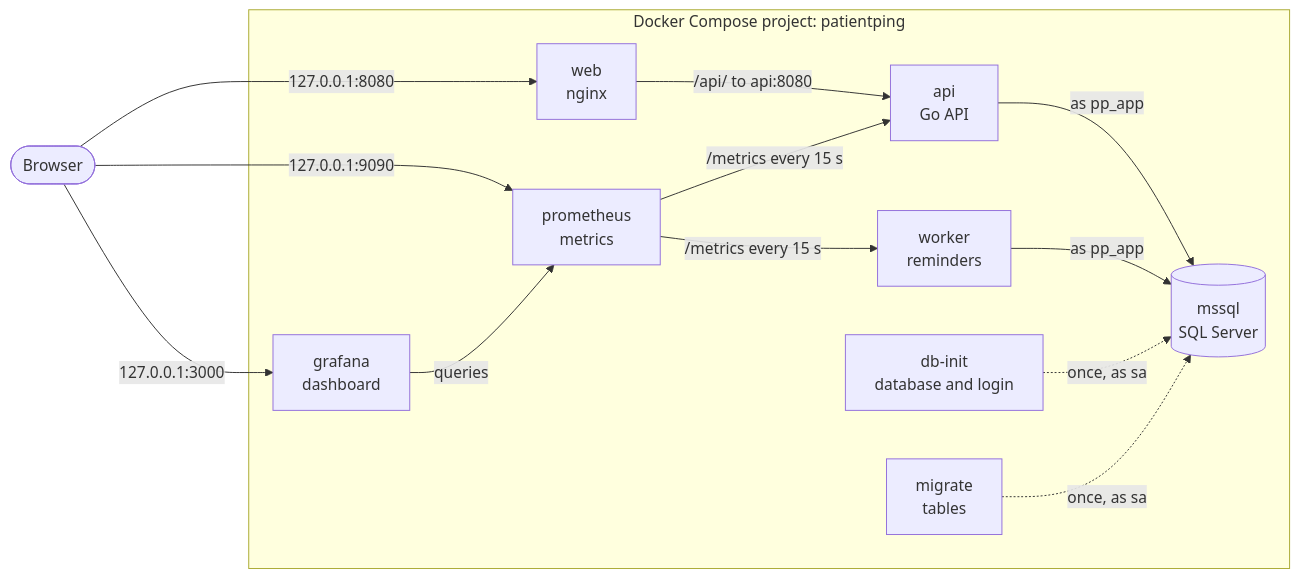
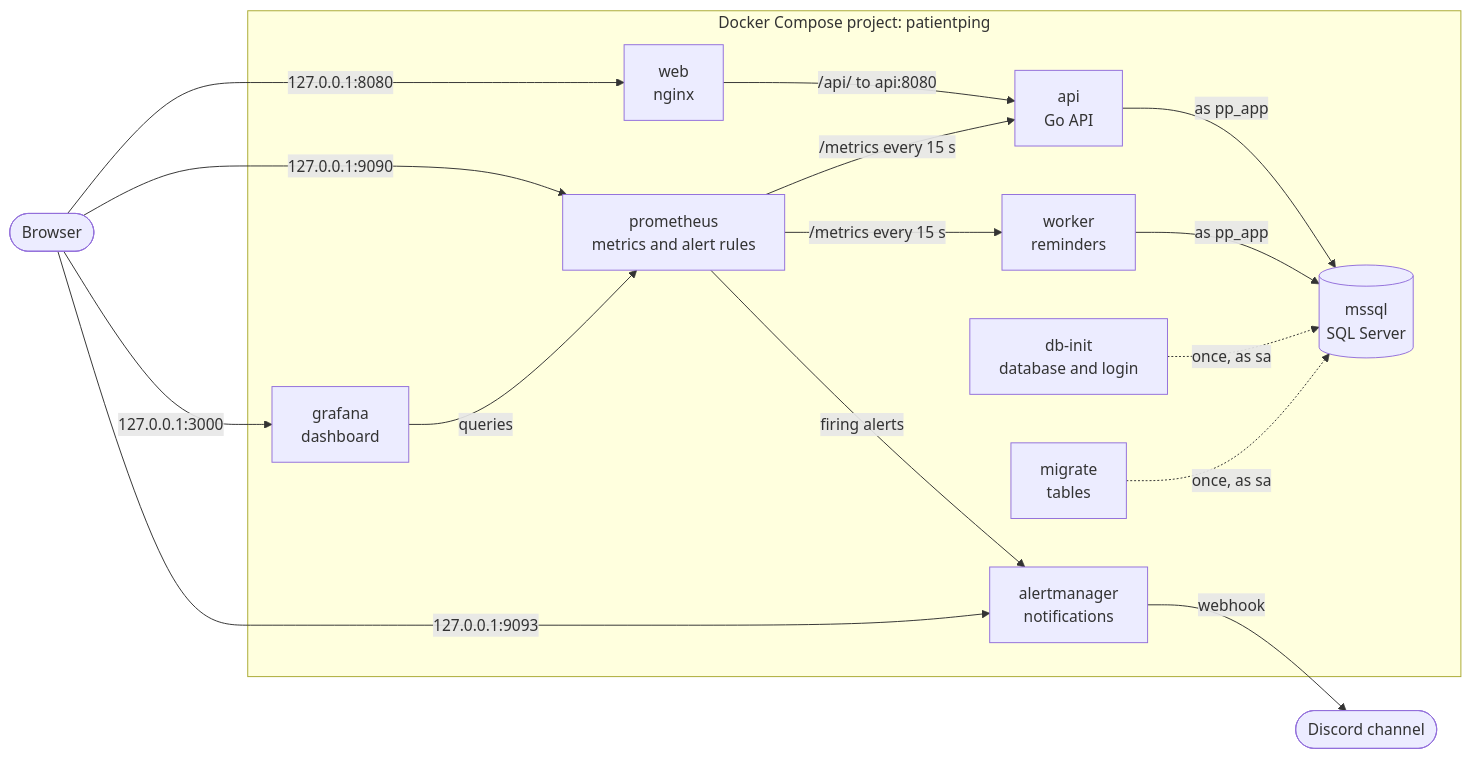
One commit to FarisOmerbasic/patientping changed the diagram in README.md. Above: the diagram before and after it, drawn with Mermaid. The commit also changed other lines of this file and 10 other files, not shown here.

Commit message:
feat(observability): alert rules and alertmanager (#49)

````diff
--- a/README.md
+++ b/README.md
@@ -7,27 +7,33 @@
 ```mermaid
 flowchart LR
     browser([Browser])
 
     subgraph stack["Docker Compose project: patientping"]
         web["web<br/>nginx"]
         api["api<br/>Go API"]
         worker["worker<br/>reminders"]
         dbinit["db-init<br/>database and login"]
         migrate["migrate<br/>tables"]
         mssql[("mssql<br/>SQL Server")]
-        prometheus["prometheus<br/>metrics"]
+        prometheus["prometheus<br/>metrics and alert rules"]
+        alertmanager["alertmanager<br/>notifications"]
         grafana["grafana<br/>dashboard"]
     end
+
+    discord([Discord channel])
 
     browser -->|"127.0.0.1:8080"| web
     web -->|"/api/ to api:8080"| api
     api -->|"as pp_app"| mssql
     worker -->|"as pp_app"| mssql
     dbinit -.->|"once, as sa"| mssql
     migrate -.->|"once, as sa"| mssql
     browser -->|"127.0.0.1:9090"| prometheus
     prometheus -->|"/metrics every 15 s"| api
     prometheus -->|"/metrics every 15 s"| worker
+    prometheus -->|"firing alerts"| alertmanager
+    alertmanager -->|"webhook"| discord
+    browser -->|"127.0.0.1:9093"| alertmanager
     browser -->|"127.0.0.1:3000"| grafana
     grafana -->|"queries"| prometheus
 ```
````
